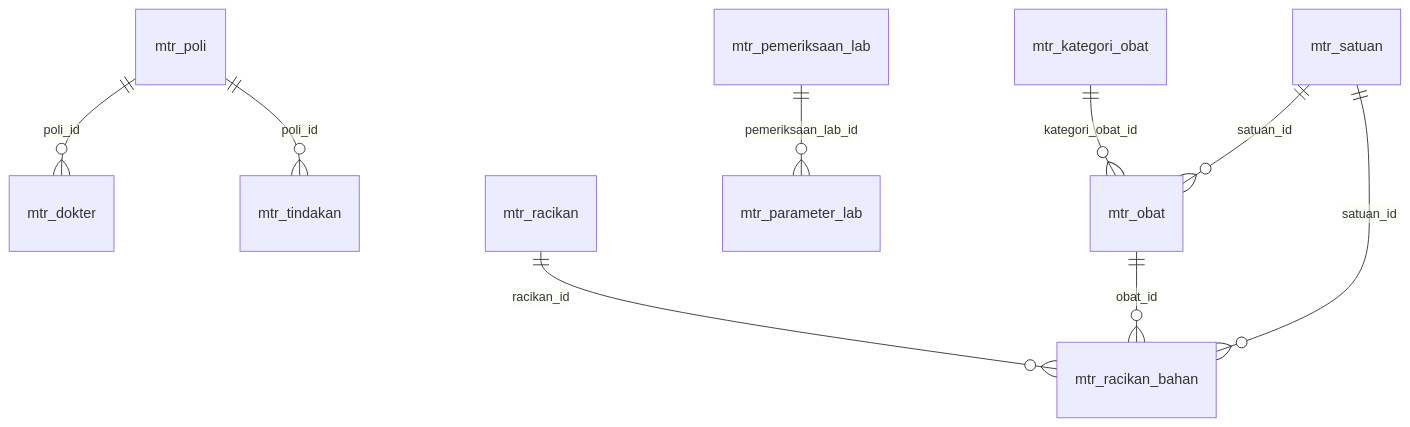
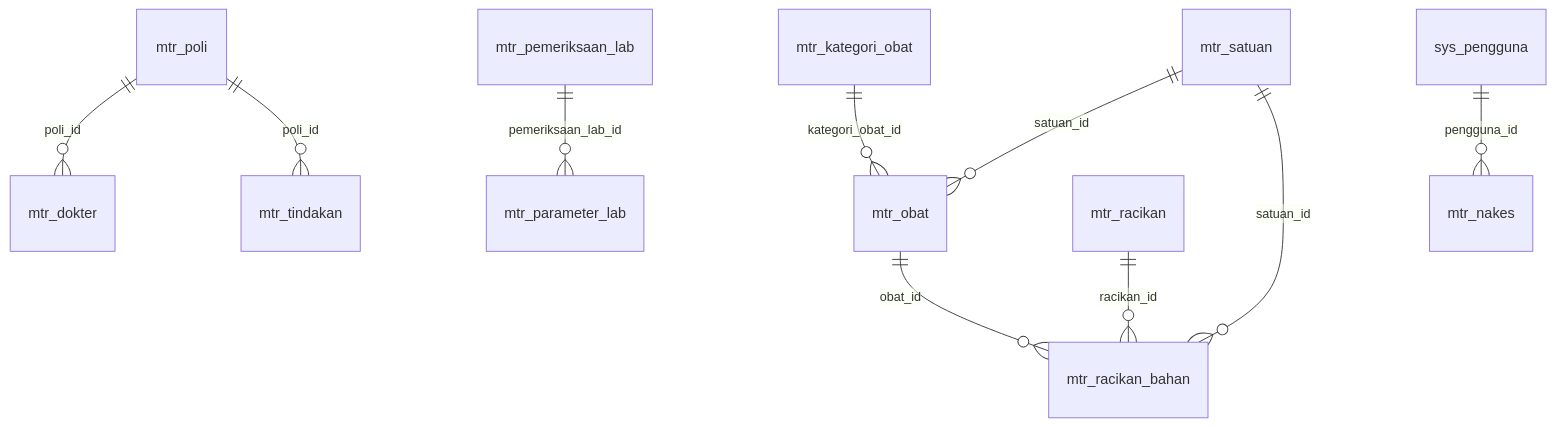
The second of 7 diagrams in docs/database.md (NiceCode9/klinik-avicena), drawn with Mermaid before and after one commit. The commit also changed other lines of this file and 75 other files, not shown here.

````diff
--- a/docs/database.md
+++ b/docs/database.md
@@ -50,11 +50,12 @@
 ```mermaid
 erDiagram
   mtr_poli ||--o{ mtr_dokter : "poli_id"
   mtr_poli ||--o{ mtr_tindakan : "poli_id"
   mtr_kategori_obat ||--o{ mtr_obat : "kategori_obat_id"
   mtr_satuan ||--o{ mtr_obat : "satuan_id"
   mtr_pemeriksaan_lab ||--o{ mtr_parameter_lab : "pemeriksaan_lab_id"
   mtr_racikan ||--o{ mtr_racikan_bahan : "racikan_id"
   mtr_obat ||--o{ mtr_racikan_bahan : "obat_id"
   mtr_satuan ||--o{ mtr_racikan_bahan : "satuan_id"
+  sys_pengguna ||--o{ mtr_nakes : "pengguna_id"
 ```
````
